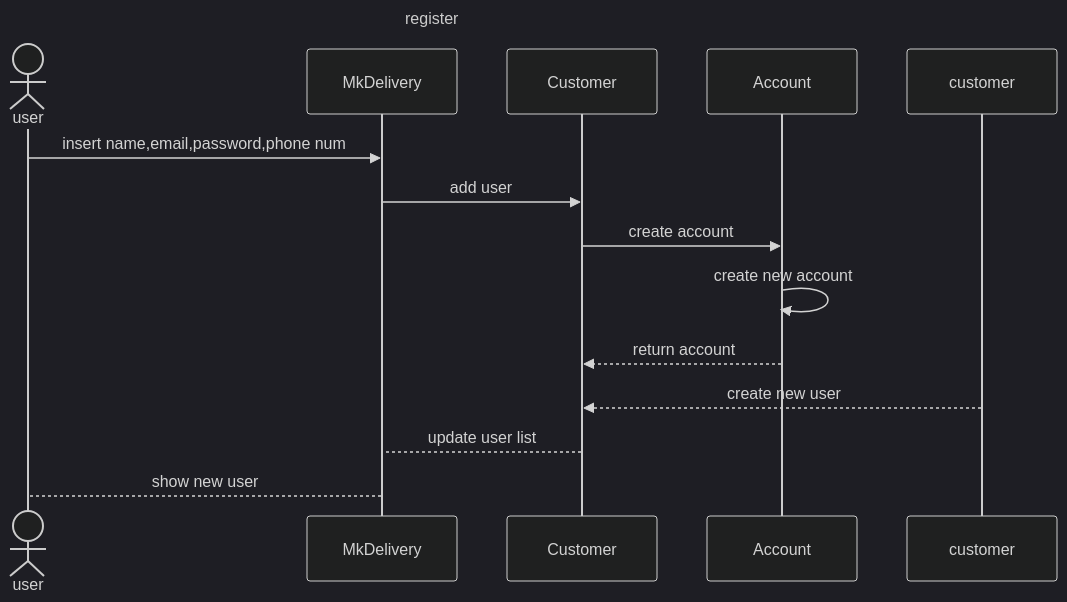
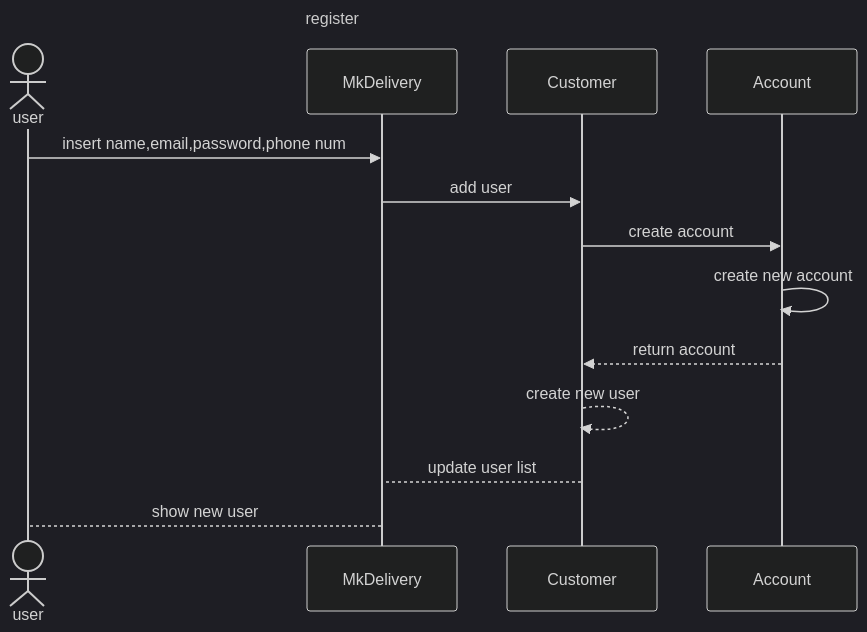
Before and after one commit to MxMhx/OOP_Project_MK_website: the diagram in sequence_diag/auth/register.mmd, drawn with Mermaid (dark theme).

```diff
--- a/sequence_diag/auth/register.mmd
+++ b/sequence_diag/auth/register.mmd
@@ -1,15 +1,15 @@
 sequenceDiagram
     title register
     actor user
     participant MkDelivery
     participant Customer
     participant Account
     
     user ->> MkDelivery:insert name,email,password,phone num
     MkDelivery ->> Customer :add user
     Customer ->>  Account :create account
     Account ->> Account : create new account
     Account -->> Customer :return account
-    customer -->> Customer :create new user
+    Customer -->> Customer :create new user
     Customer --> MkDelivery: update user list
     MkDelivery --> user :show new user
```
